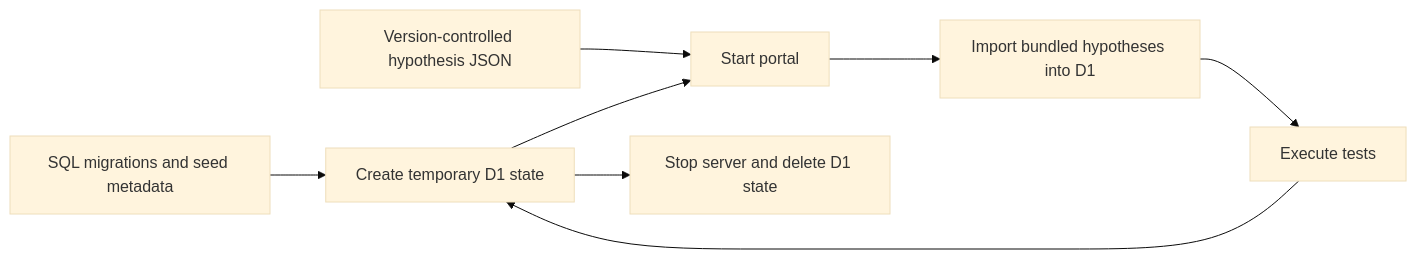
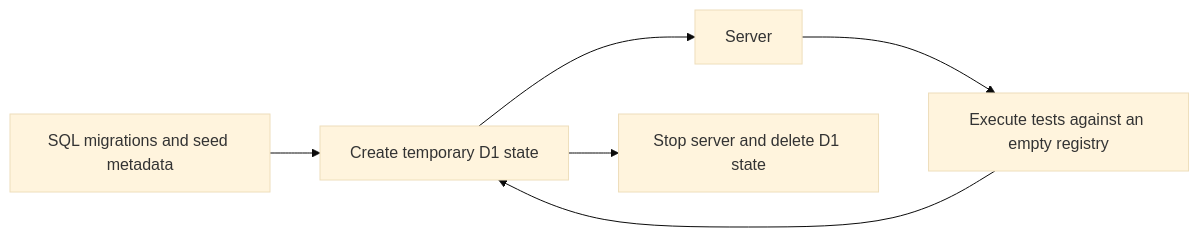
Before and after one commit to zvasdfg/lumbre-playwright-python: the sixth of 7 diagrams in docs/ARCHITECTURE.md, drawn with Mermaid (base theme). The commit also changed other lines of this file and 69 other files, not shown here.

Commit message:
feat(portal): paginate recipes and reset lab registry

````diff
--- a/docs/ARCHITECTURE.md
+++ b/docs/ARCHITECTURE.md
@@ -240,10 +240,8 @@
 ```mermaid
 flowchart LR
     Seed[SQL migrations and seed metadata] --> Temp[Create temporary D1 state]
-    JSON[Version-controlled hypothesis JSON] --> Server[Start portal]
     Temp --> Server
-    Server --> Import[Import bundled hypotheses into D1]
-    Import --> Tests[Execute tests]
+    Server --> Tests[Execute tests against an empty registry]
     Tests --> Temp
     Temp --> Cleanup[Stop server and delete D1 state]
 ```
````
